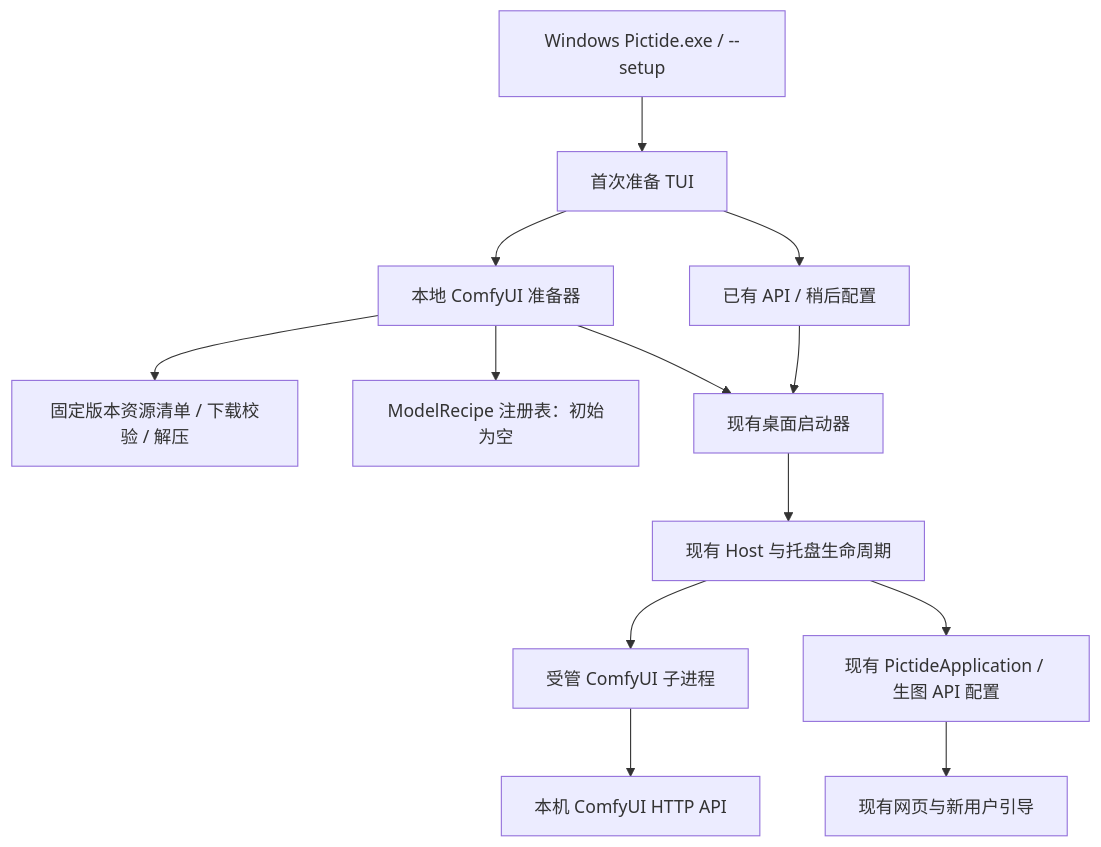
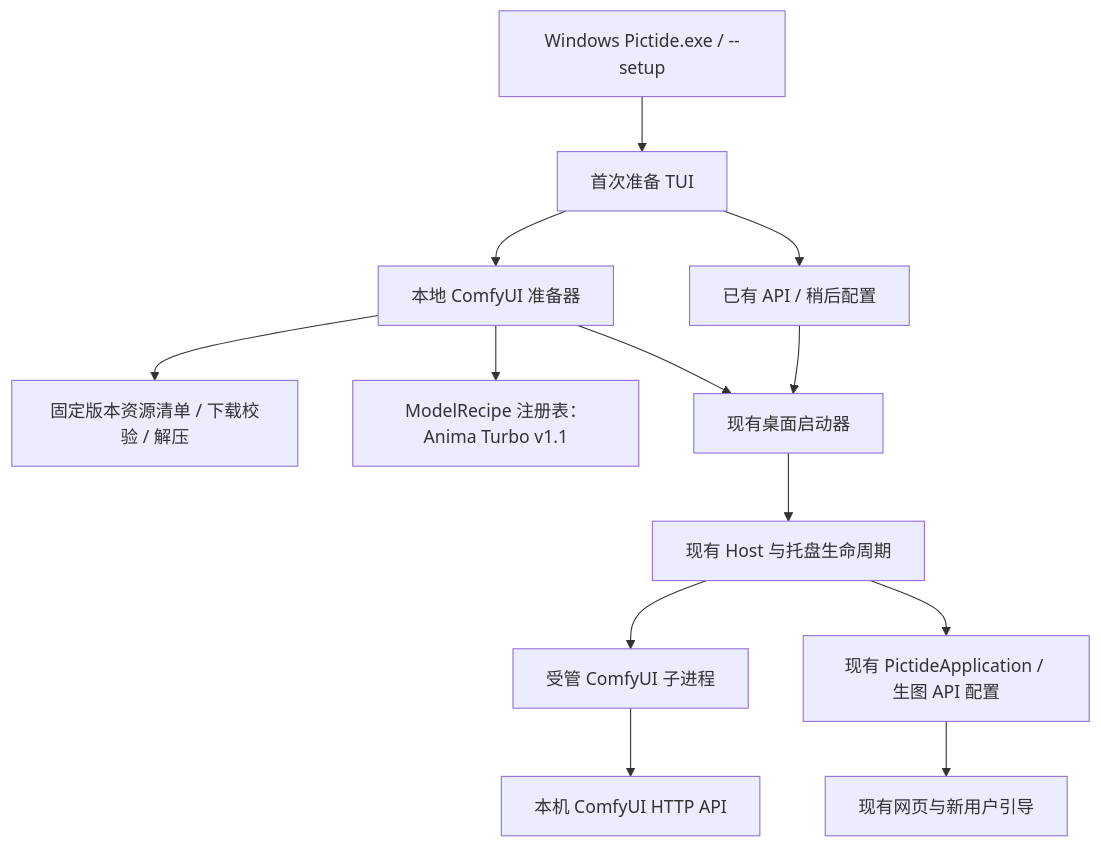
Before and after one commit to Lykr/pictide: the first of 2 diagrams in docs/dev/issues/windows-first-run-tui.md, drawn with Mermaid. The commit also changed other lines of this file and 3 other files, not shown here.

Commit message:
docs(setup): recommend Anima Turbo v1.1 for local generation

````diff
--- a/docs/dev/issues/windows-first-run-tui.md
+++ b/docs/dev/issues/windows-first-run-tui.md
@@ -11,15 +11,15 @@
 ```mermaid
 flowchart TD
     Entry[Windows Pictide.exe / --setup] --> TUI[首次准备 TUI]
     TUI --> External[已有 API / 稍后配置]
     TUI --> Installer[本地 ComfyUI 准备器]
     Installer --> Resources[固定版本资源清单 / 下载校验 / 解压]
-    Installer --> Models[ModelRecipe 注册表：初始为空]
+    Installer --> Models[ModelRecipe 注册表：Anima Turbo v1.1]
     External --> Launcher[现有桌面启动器]
     Installer --> Launcher
     Launcher --> Host[现有 Host 与托盘生命周期]
     Host --> Managed[受管 ComfyUI 子进程]
     Host --> App[现有 PictideApplication / 生图 API 配置]
     Managed --> Comfy[本机 ComfyUI HTTP API]
     App --> Browser[现有网页与新用户引导]
 ```
````
